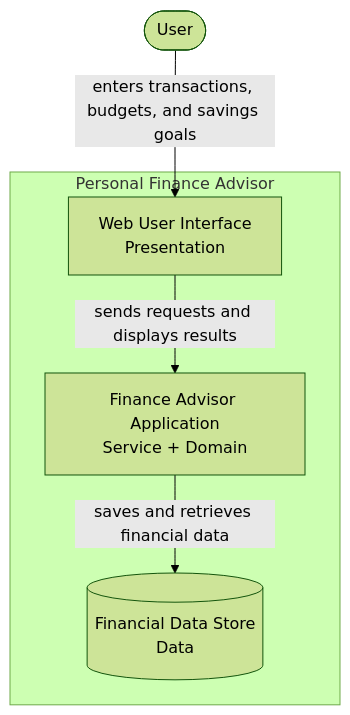
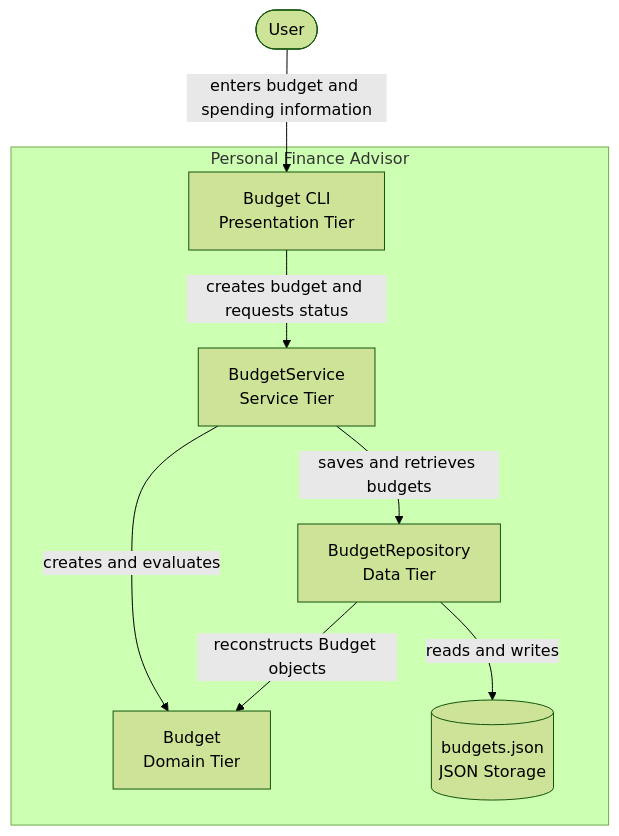
The second of 4 diagrams in README.md (Jesse-Trueba/cen5064-project-trueba), drawn with Mermaid (forest theme) before and after one commit. The commit also changed other lines of this file, not shown here.

First line of the commit message:
Revise README for budget management system updates

````diff
--- a/README.md
+++ b/README.md
@@ -66,14 +66,19 @@
 ```mermaid
 flowchart TB
     user([User])
 
     subgraph FinanceAdvisor [Personal Finance Advisor]
-        ui[Web User Interface<br/>Presentation]
-        app[Finance Advisor Application<br/>Service + Domain]
-        db[(Financial Data Store<br/>Data)]
+        presentation[Budget CLI<br/>Presentation Tier]
+        service[BudgetService<br/>Service Tier]
+        domain[Budget<br/>Domain Tier]
+        repository[BudgetRepository<br/>Data Tier]
+        json[(budgets.json<br/>JSON Storage)]
     end
 
-    user -->|enters transactions, budgets, and savings goals| ui
-    ui -->|sends requests and displays results| app
-    app -->|saves and retrieves financial data| db
+    user -->|enters budget and spending information| presentation
+    presentation -->|creates budget and requests status| service
+    service -->|creates and evaluates| domain
+    service -->|saves and retrieves budgets| repository
+    repository -->|reads and writes| json
+    repository -->|reconstructs Budget objects| domain
 ```
````
